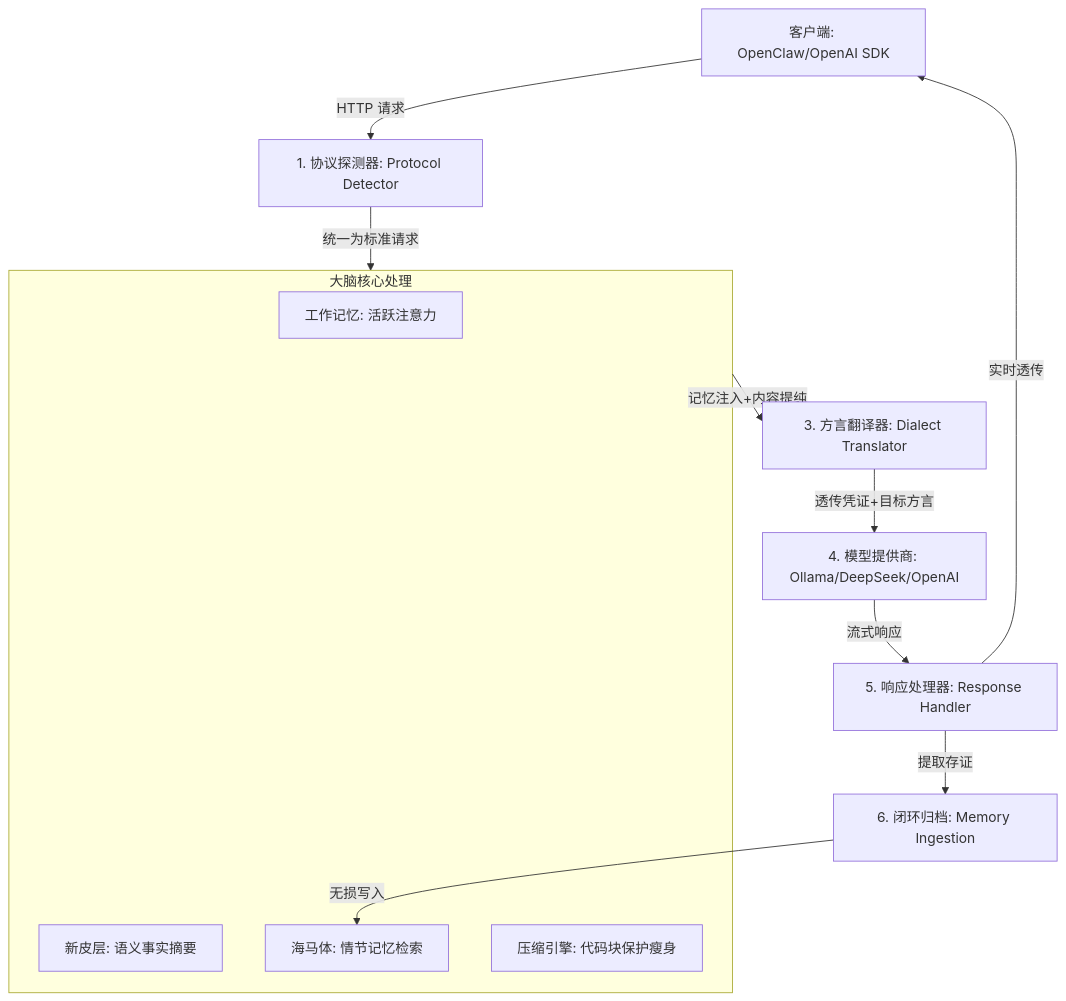
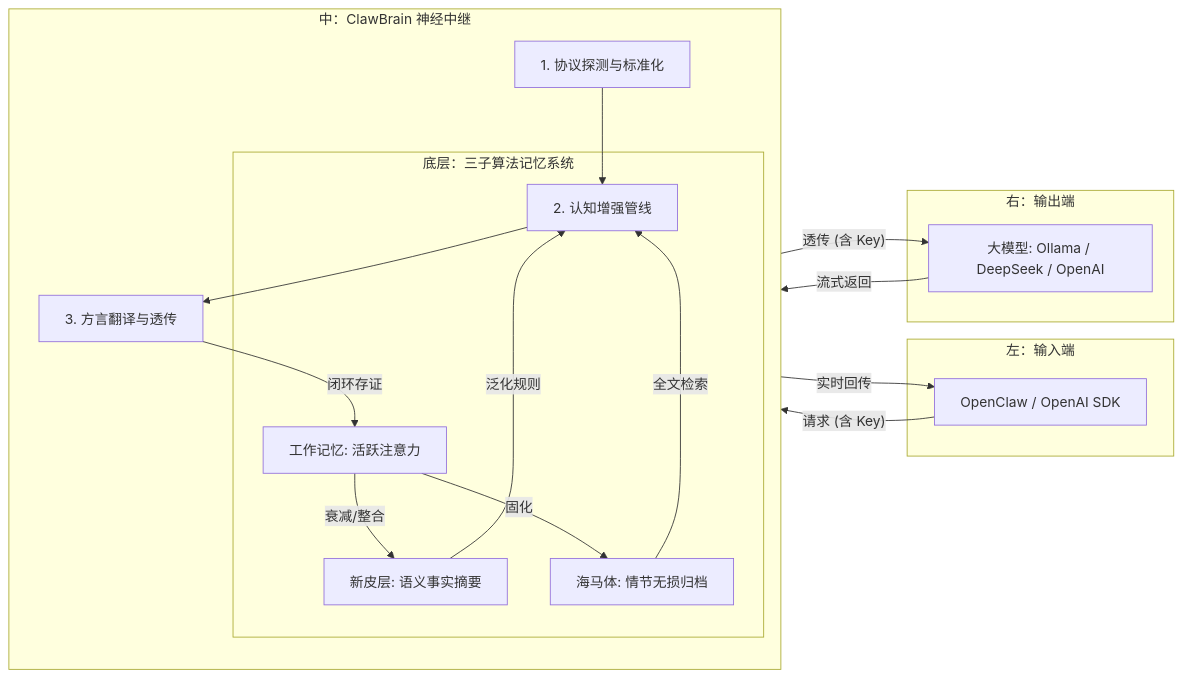
Before and after one commit to winnerineast/ClawBrain: the diagram in README.md, drawn with Mermaid. The commit also changed other lines of this file and 1 other file, not shown here.

Commit message:
docs: finalize professional documentation with zero-knowledge privacy pledge and neural architecture diagram

````diff
--- a/README.md
+++ b/README.md
@@ -17,20 +25,39 @@
 ```mermaid
-graph TD
-    Client[客户端: OpenClaw/OpenAI SDK] -- HTTP 请求 --> Detector[1. 协议探测器: Protocol Detector]
-    Detector -- 统一为标准请求 --> Cognitive[2. 认知增强层: Cognitive Layer]
-    
-    subgraph Cognitive[大脑核心处理]
-        WM[工作记忆: 活跃注意力]
-        NC[新皮层: 语义事实摘要]
-        HP[海马体: 情节记忆检索]
-        Comp[压缩引擎: 代码块保护瘦身]
+graph LR
+    subgraph Client_Side [左：输入端]
+        OC[OpenClaw / OpenAI SDK]
     end
-    
-    Cognitive -- 记忆注入+内容提纯 --> Translator[3. 方言翻译器: Dialect Translator]
-    Translator -- 透传凭证+目标方言 --> Upstream[4. 模型提供商: Ollama/DeepSeek/OpenAI]
-    
-    Upstream -- 流式响应 --> ResHandler[5. 响应处理器: Response Handler]
-    ResHandler -- 提取存证 --> Ingestor[6. 闭环归档: Memory Ingestion]
-    Ingestor -- 无损写入 --> HP
-    ResHandler -- 实时透传 --> Client
+
+    subgraph Relay_Core [中：ClawBrain 神经中继]
+        direction TB
+        Ingress[1. 协议探测与标准化]
+        Process[2. 认知增强管线]
+        Egress[3. 方言翻译与透传]
+        
+        subgraph Neural_Engine [底层：三子算法记忆系统]
+            WM[工作记忆: 活跃注意力]
+            NC[新皮层: 语义事实摘要]
+            HP[海马体: 情节无损归档]
+            
+            %% 记忆内部流动
+            WM -- 衰减/整合 --> NC
+            WM -- 固化 --> HP
+            NC -- 泛化规则 --> Process
+            HP -- 全文检索 --> Process
+        end
+        
+        Ingress --> Process
+        Process --> Egress
+    end
+
+    subgraph Provider_Side [右：输出端]
+        LLM[大模型: Ollama / DeepSeek / OpenAI]
+    end
+
+    %% 主流向
+    OC -- "请求 (含 Key)" --> Ingress
+    Egress -- "透传 (含 Key)" --> LLM
+    LLM -- "流式返回" --> Egress
+    Egress -- "闭环存证" --> WM
+    Egress -- "实时回传" --> OC
 ```
````
